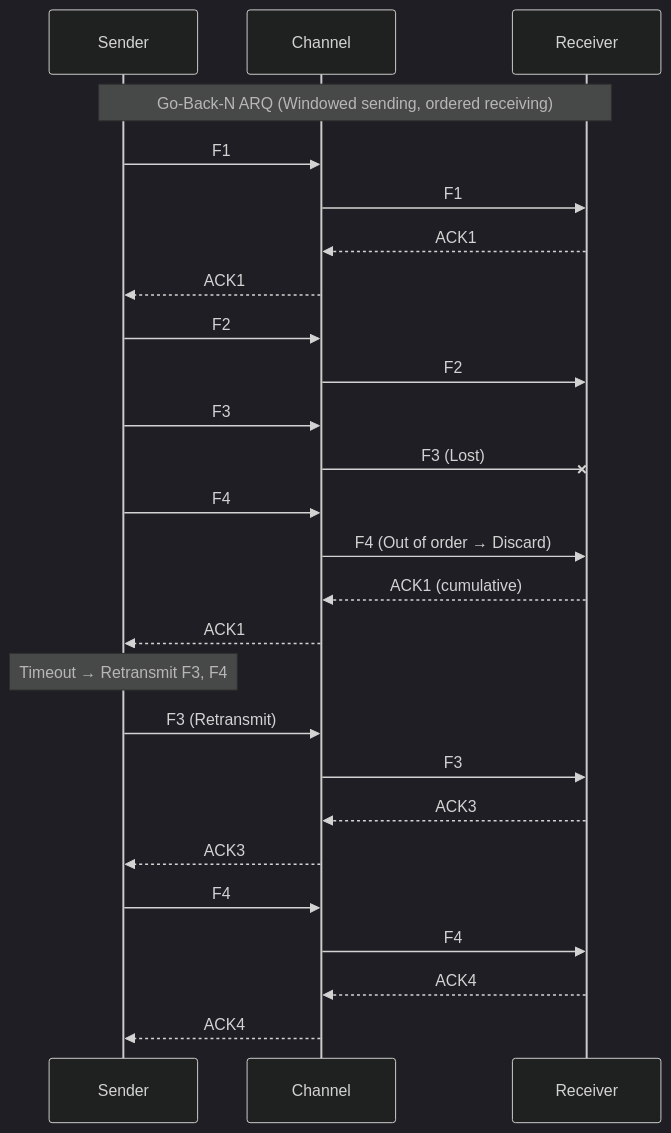
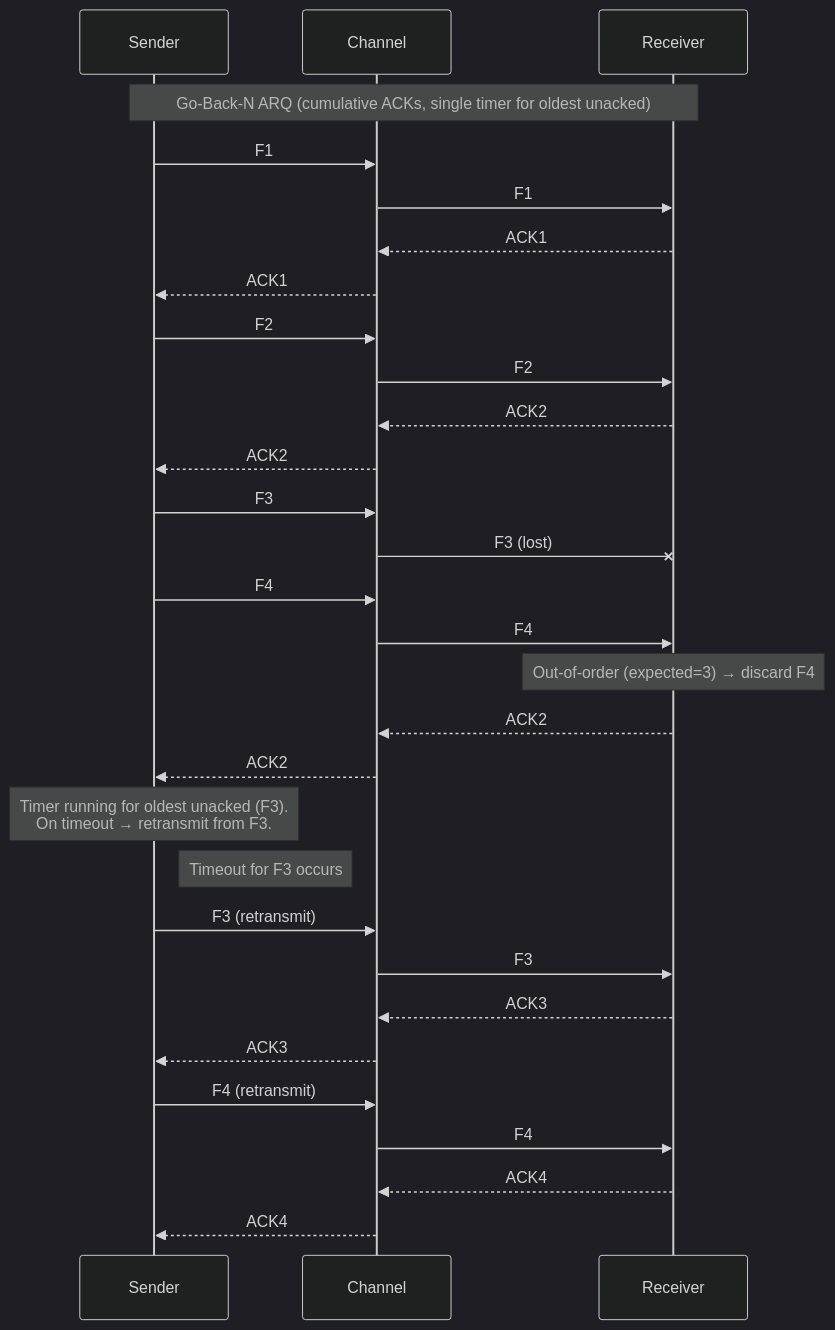
Before and after one commit to PahlavanianAzadUni/computer-networks-notes: the second of 4 diagrams in Lesson7B.md, drawn with Mermaid (dark theme). The commit also changed other lines of this file, not shown here.

````diff
--- a/Lesson7B.md
+++ b/Lesson7B.md
@@ -77,36 +101,41 @@
 ```mermaid
 sequenceDiagram
     participant S as Sender
     participant C as Channel
     participant R as Receiver
 
-    Note over S,R: Go-Back-N ARQ (Windowed sending, ordered receiving)
+    Note over S,R: Go-Back-N ARQ (cumulative ACKs, single timer for oldest unacked)
 
     S->>C: F1
     C->>R: F1
     R-->>C: ACK1
     C-->>S: ACK1
 
     S->>C: F2
     C->>R: F2
+    R-->>C: ACK2
+    C-->>S: ACK2
 
     S->>C: F3
-    C -x R: F3 (Lost)
+    C -x R: F3 (lost)
 
     S->>C: F4
-    C->>R: F4 (Out of order → Discard)
+    C->>R: F4
+    Note over R: Out-of-order (expected=3) → discard F4
+    R-->>C: ACK2
+    C-->>S: ACK2
 
-    R-->>C: ACK1 (cumulative)
-    C-->>S: ACK1
+    Note over S: Timer running for oldest unacked (F3).<br/>On timeout → retransmit from F3.
+    Note right of S: Timeout for F3 occurs
 
-    Note over S: Timeout → Retransmit F3, F4
-    S->>C: F3 (Retransmit)
+    S->>C: F3 (retransmit)
     C->>R: F3
     R-->>C: ACK3
     C-->>S: ACK3
 
-    S->>C: F4
+    S->>C: F4 (retransmit)
     C->>R: F4
     R-->>C: ACK4
     C-->>S: ACK4
+
 ```
````
